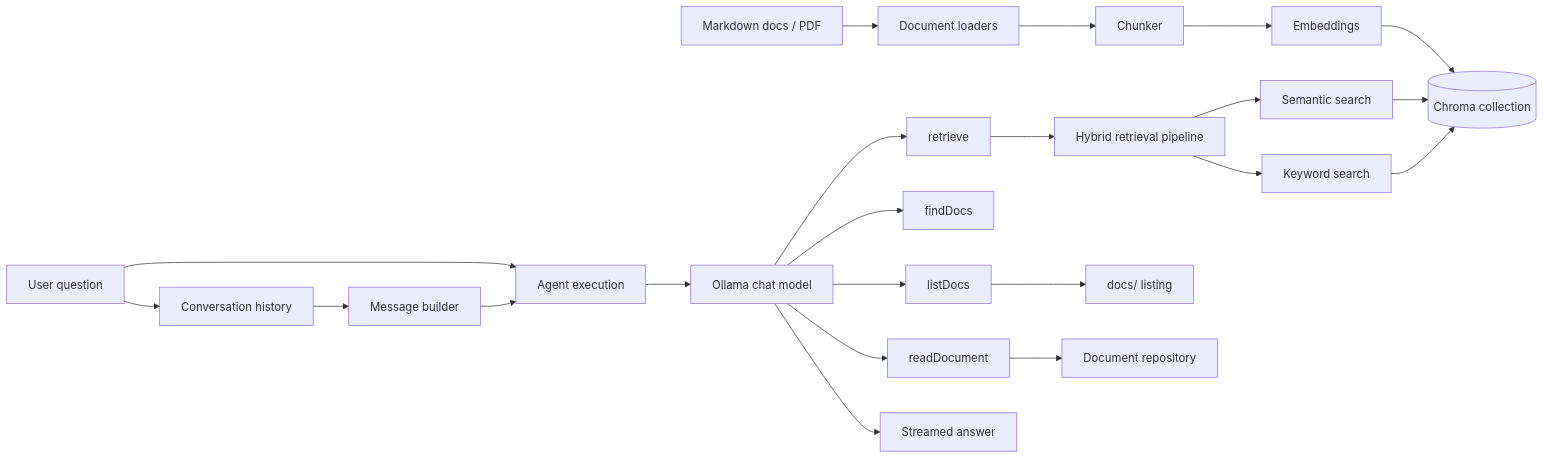
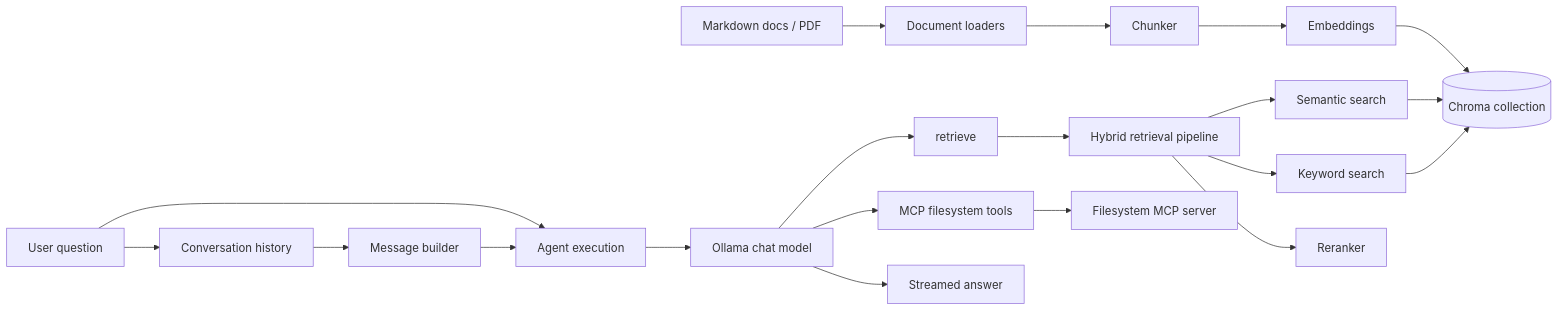
One commit to subhamBharadwaz/dev-docs changed the diagram in README.md. Above: the diagram before and after it, drawn with Mermaid. The commit also changed other lines of this file and 31 other files, not shown here.

Commit message:
feat(rag): add MCP tool loading and reranking pipeline

````diff
--- a/README.md
+++ b/README.md
@@ -17,25 +18,23 @@
 ```mermaid
 flowchart LR
     A[Markdown docs / PDF] --> B[Document loaders]
     B --> C[Chunker]
     C --> D[Embeddings]
     D --> E[(Chroma collection)]
 
     Q[User question] --> H[Conversation history]
     H --> M[Message builder]
     Q --> P[Agent execution]
     M --> P
     P --> LLM[Ollama chat model]
-    LLM --> T1[listDocs]
-    LLM --> T2[findDocs]
-    LLM --> T3[readDocument]
-    LLM --> T4[retrieve]
-    T4 --> R[Hybrid retrieval pipeline]
+    LLM --> T1[retrieve]
+    LLM --> T2[MCP filesystem tools]
+    T1 --> R[Hybrid retrieval pipeline]
     R --> S[Semantic search]
     R --> K[Keyword search]
+    R --> RR[Reranker]
     S --> E
     K --> E
-    T1 --> F[docs/ listing]
-    T3 --> G[Document repository]
+    T2 --> F[Filesystem MCP server]
     LLM --> O[Streamed answer]
 ```
````
